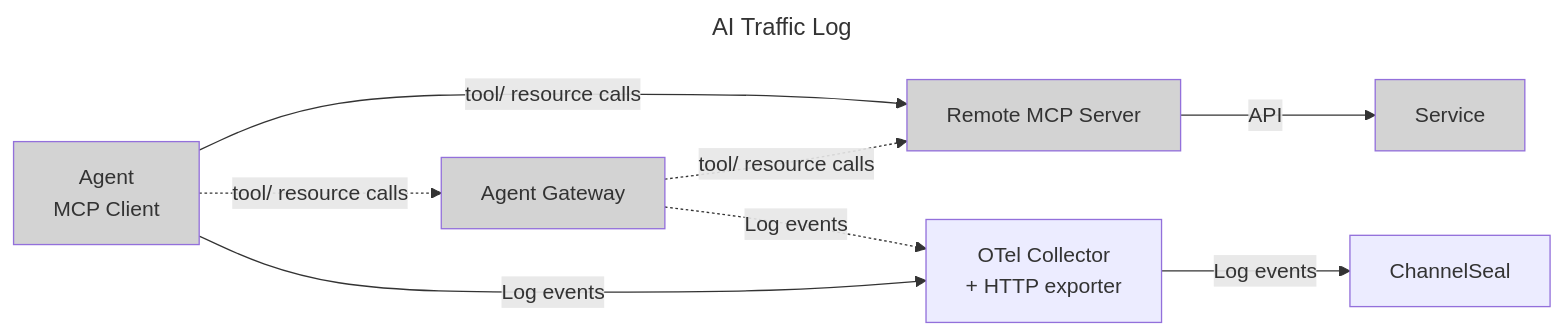
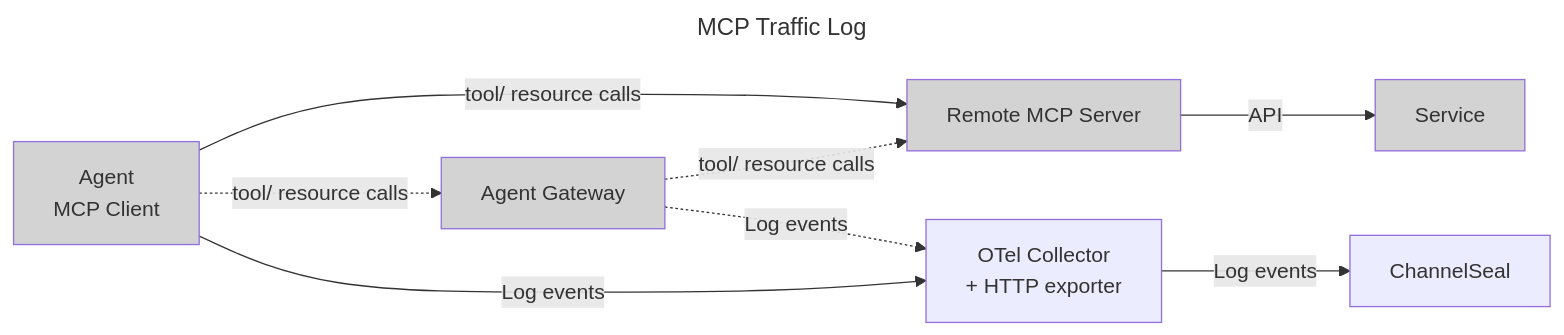
The seventh of 7 diagrams in mcp/mcp-index/README.md (sdatapix/tinkering), drawn with Mermaid before and after one commit. The commit also changed other lines of this file, not shown here.

````diff
--- a/mcp/mcp-index/README.md
+++ b/mcp/mcp-index/README.md
@@ -264,16 +421,16 @@
 ```mermaid
 ---
-title: AI Traffic Log
+title: MCP Traffic Log
 ---
 flowchart LR
     style A fill:lightgray
     style AG fill:lightgray
     style MS fill:lightgray
     style S fill:lightgray
     A[Agent <br>MCP Client]-.tool/ resource calls.->AG[Agent Gateway]-.tool/ resource calls.->MS[Remote MCP Server]
     A--tool/ resource calls-->MS
     MS--API-->S[Service]
     A--Log events-->C
     AG-.Log events.->C[OTel Collector<br> + HTTP exporter]
     C--Log events-->CC[ChannelSeal]
 ```
````
